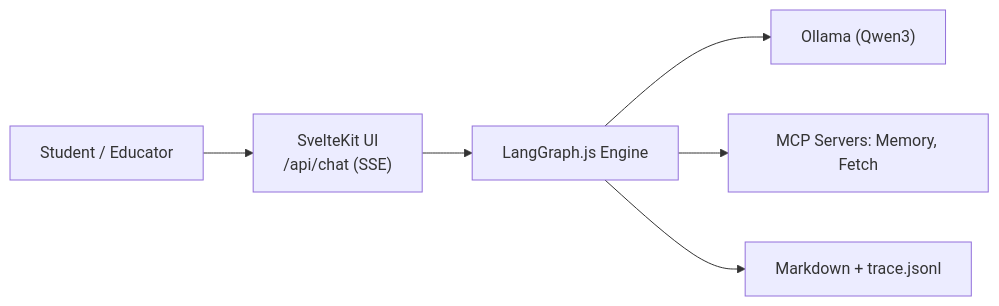
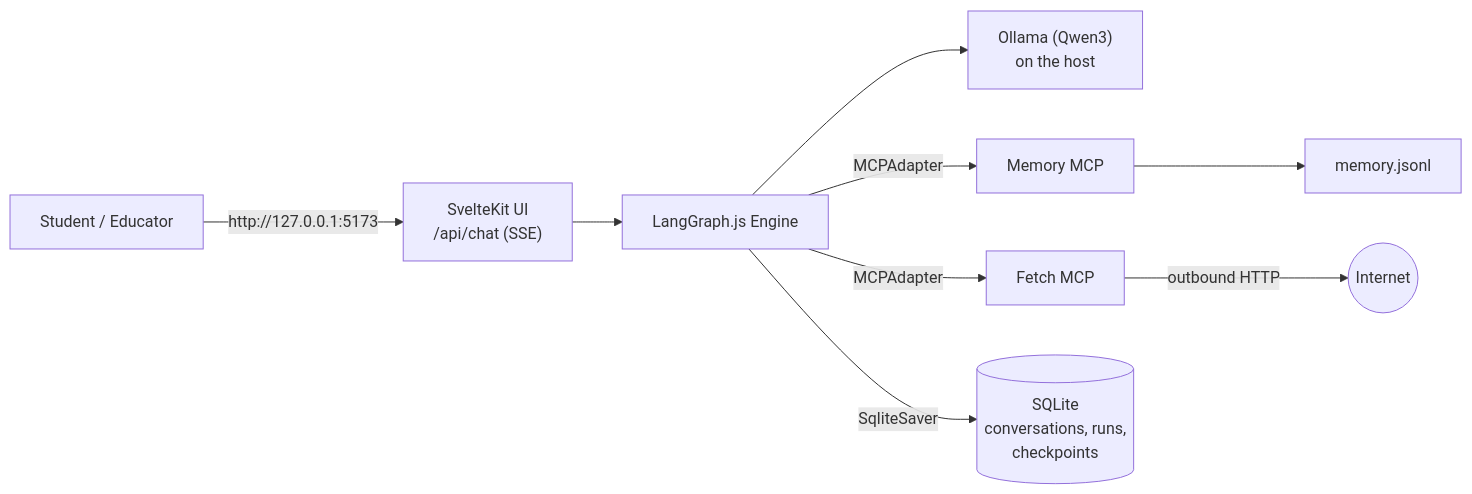
One commit to cognokratos/sophos-agent changed the diagram in docs/architecture/2-high-level-architecture.md. Above: the diagram before and after it, drawn with Mermaid. The commit also changed other lines of this file and 74 other files, not shown here.

````diff
--- a/docs/architecture/2-high-level-architecture.md
+++ b/docs/architecture/2-high-level-architecture.md
@@ -10,8 +10,11 @@
 ```mermaid
 flowchart LR
-  U[Student / Educator] --> FE["SvelteKit UI<br/>/api/chat (SSE)"]
+  U[Student / Educator] -->|"http://127.0.0.1:5173"| FE["SvelteKit UI<br/>/api/chat (SSE)"]
   FE --> LG[LangGraph.js Engine]
-  LG --> OL["Ollama (Qwen3)"]
-  LG --> MCP[MCP Servers: Memory, Fetch]
-  LG --> LOG[Markdown + trace.jsonl]
+  LG --> OL["Ollama (Qwen3)<br/>on the host"]
+  LG -->|MCPAdapter| MEM[Memory MCP]
+  LG -->|MCPAdapter| FET[Fetch MCP]
+  FET -->|outbound HTTP| NET((Internet))
+  LG -->|SqliteSaver| DB[(SQLite<br/>conversations, runs,<br/>checkpoints)]
+  MEM --> KG[memory.jsonl]
 ```
````
